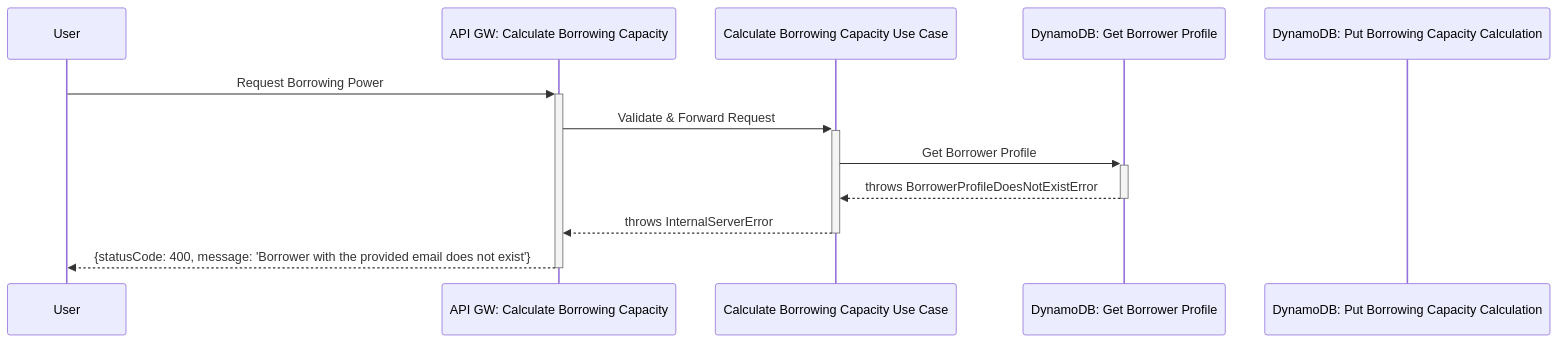
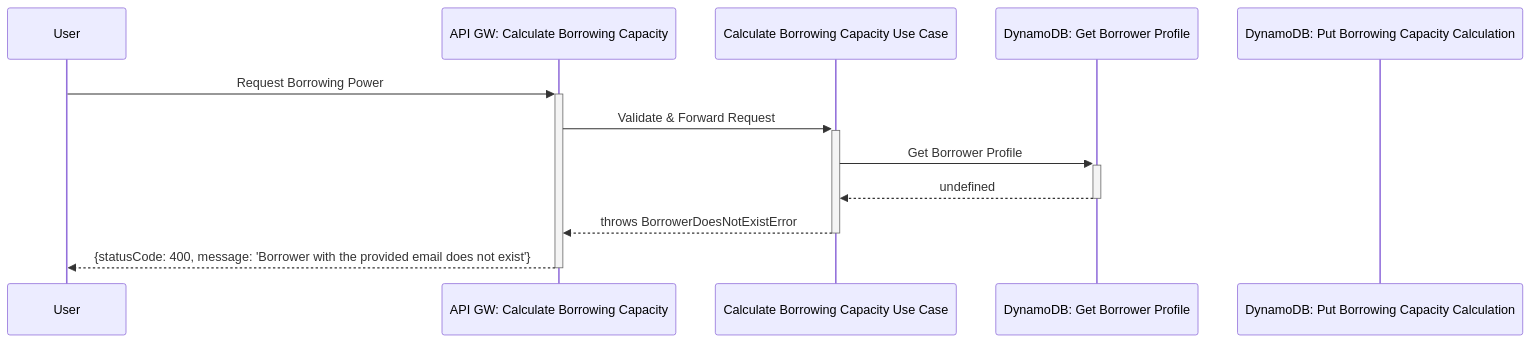
The sixth of 6 diagrams in docs/docs/borrowing-capacity/overview.mdx (BenBowers/hexyback-workshop), drawn with Mermaid before and after one commit. The commit also changed 23 other files, not shown here.

````diff
--- a/docs/docs/borrowing-capacity/overview.mdx
+++ b/docs/docs/borrowing-capacity/overview.mdx
@@ -143,15 +143,15 @@
 ```mermaid
 sequenceDiagram
     participant User
     participant PrimaryAdaptor as API GW: Calculate Borrowing Capacity
     participant CalculateBorrowingCapacityUseCase as Calculate Borrowing Capacity Use Case
     participant GetBorrowerProfileSecondaryAdapter as DynamoDB: Get Borrower Profile
     participant PutBorrowingCapacityCalculationSecondaryAdaptor as DynamoDB: Put Borrowing Capacity Calculation
     
     User->>+PrimaryAdaptor: Request Borrowing Power
     PrimaryAdaptor->>+CalculateBorrowingCapacityUseCase: Validate & Forward Request
     CalculateBorrowingCapacityUseCase->>+GetBorrowerProfileSecondaryAdapter: Get Borrower Profile 
-    GetBorrowerProfileSecondaryAdapter-->>-CalculateBorrowingCapacityUseCase: throws BorrowerProfileDoesNotExistError
-    CalculateBorrowingCapacityUseCase-->>-PrimaryAdaptor: throws InternalServerError
+    GetBorrowerProfileSecondaryAdapter-->>-CalculateBorrowingCapacityUseCase: undefined
+    CalculateBorrowingCapacityUseCase-->>-PrimaryAdaptor: throws BorrowerDoesNotExistError
     PrimaryAdaptor-->>-User: {statusCode: 400, message: 'Borrower with the provided email does not exist'}
 ```
````
